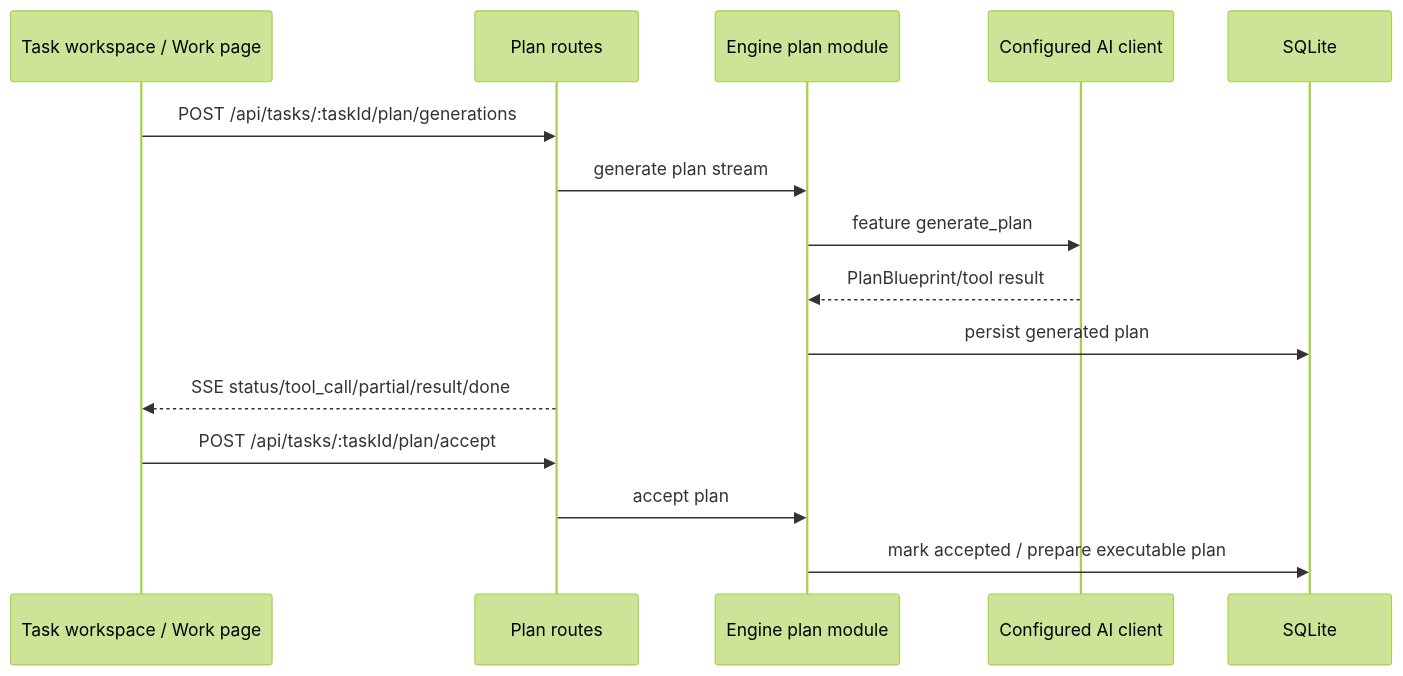
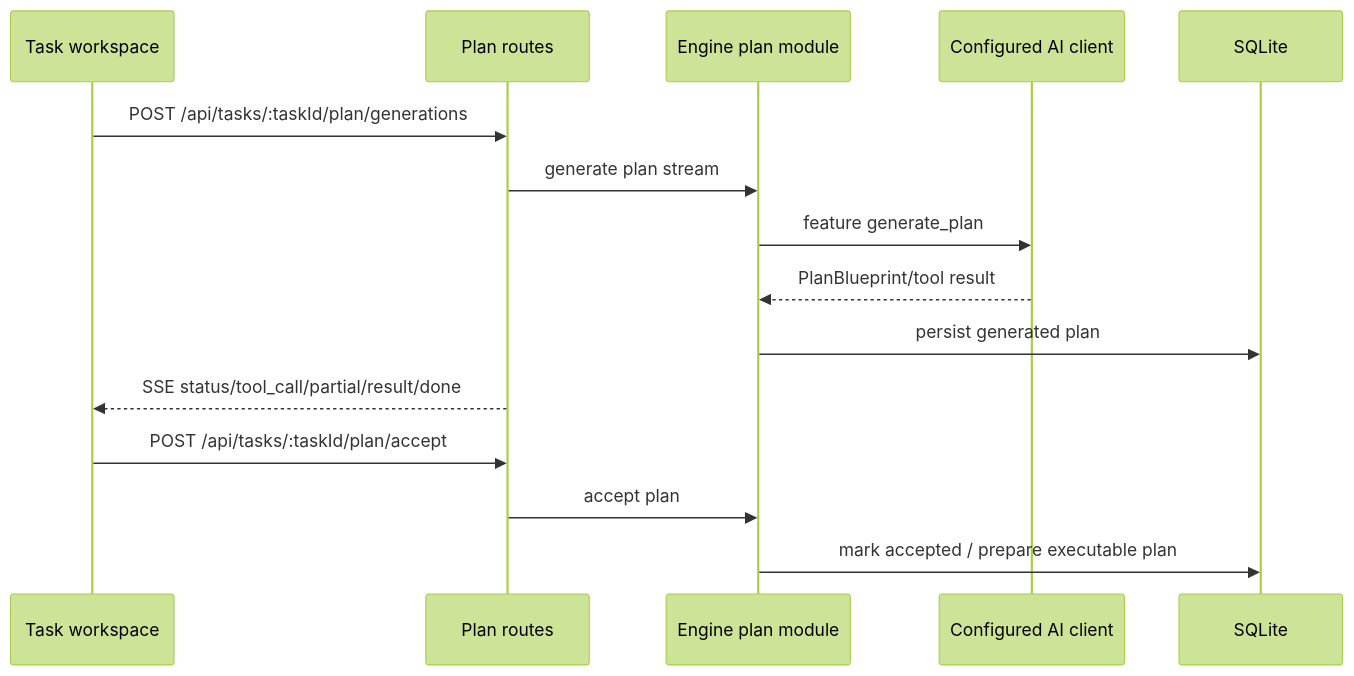
One commit to saya-ashen/Chrona changed the third of 4 diagrams in docs/architecture.md. Above: the diagram before and after it, drawn with Mermaid (forest theme). The commit also changed other lines of this file and 154 other files, not shown here.

````diff
--- a/docs/architecture.md
+++ b/docs/architecture.md
@@ -99,18 +99,18 @@
 ```mermaid
 sequenceDiagram
-  participant UI as Task workspace / Work page
+  participant UI as Task workspace
   participant API as Plan routes
   participant E as Engine plan module
   participant AI as Configured AI client
   participant DB as SQLite
 
   UI->>API: POST /api/tasks/:taskId/plan/generations
   API->>E: generate plan stream
   E->>AI: feature generate_plan
   AI-->>E: PlanBlueprint/tool result
   E->>DB: persist generated plan
   API-->>UI: SSE status/tool_call/partial/result/done
   UI->>API: POST /api/tasks/:taskId/plan/accept
   API->>E: accept plan
   E->>DB: mark accepted / prepare executable plan
 ```
````
